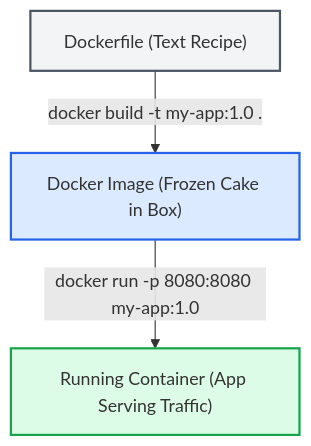
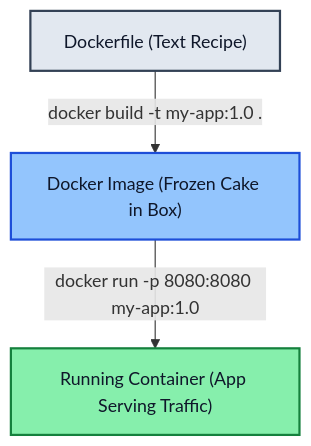
Before and after one commit to PandeyKishan/Study-Notes: the first of 4 diagrams in 01-Docker/02-Dockerfile-Deep-Dive-and-Best-Practices.md, drawn with Mermaid. The commit also changed other lines of this file and 22 other files, not shown here.

Commit message:
docs: enhance diagram visibility with high-contrast palette and add concise book definitions

````diff
--- a/01-Docker/02-Dockerfile-Deep-Dive-and-Best-Practices.md
+++ b/01-Docker/02-Dockerfile-Deep-Dive-and-Best-Practices.md
@@ -20,9 +20,9 @@
 ```mermaid
 flowchart TD
     Recipe["Dockerfile (Text Recipe)"] -->|docker build -t my-app:1.0 .| Image["Docker Image (Frozen Cake in Box)"]
     Image -->|docker run -p 8080:8080 my-app:1.0| Container["Running Container (App Serving Traffic)"]
 
-    style Recipe fill:#f3f4f6,stroke:#4b5563,stroke-width:2px
-    style Image fill:#dbeafe,stroke:#2563eb,stroke-width:2px
-    style Container fill:#dcfce7,stroke:#16a34a,stroke-width:2px
+    style Recipe fill:#e2e8f0,stroke:#334155,stroke-width:2px,color:#0f172a
+    style Image fill:#93c5fd,stroke:#1d4ed8,stroke-width:2px,color:#0f172a
+    style Container fill:#86efac,stroke:#15803d,stroke-width:2px,color:#0f172a
 ```
````
